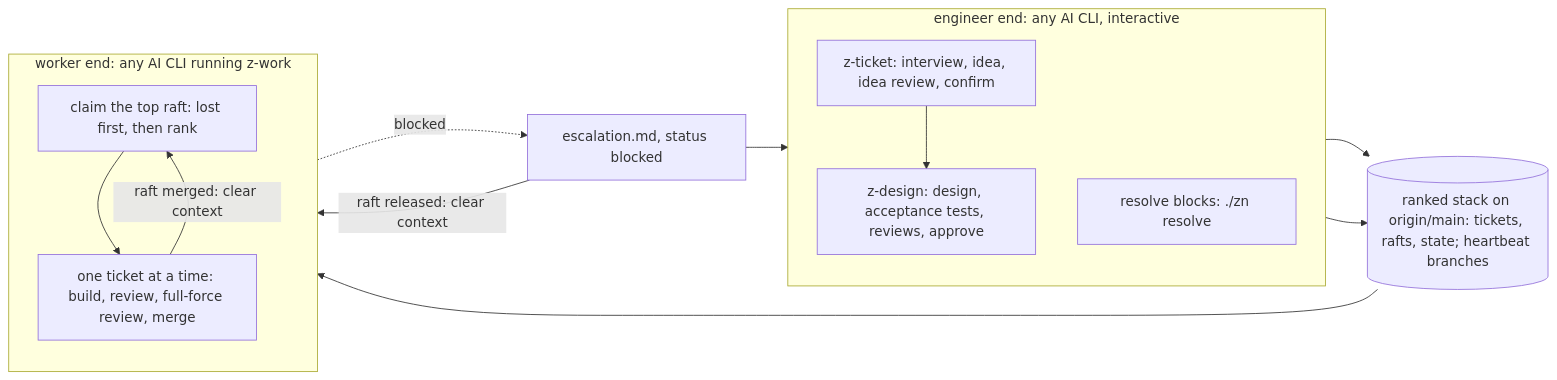
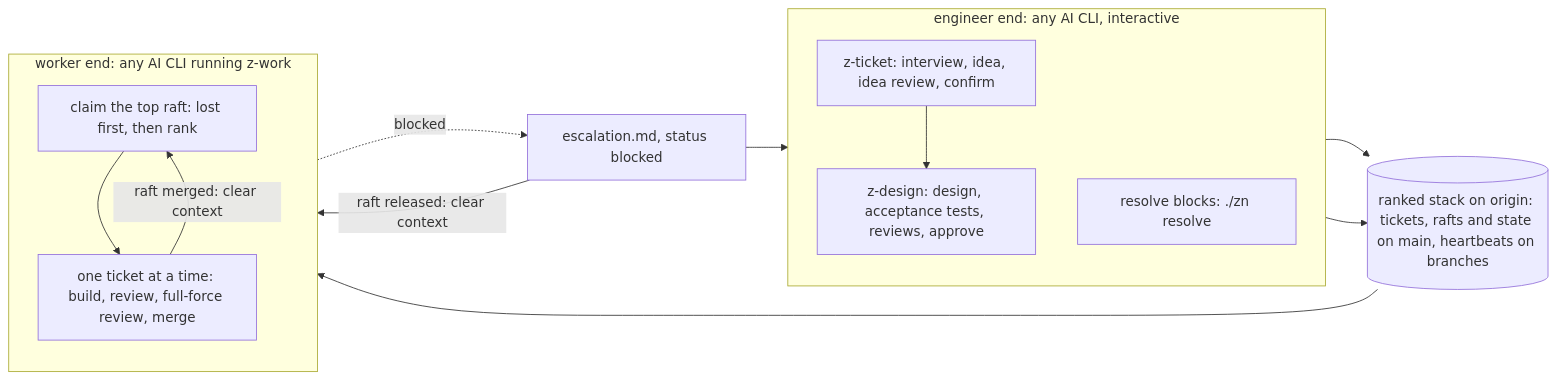
The second of 3 diagrams in z-nile/.tracker/issues/c0264/experiments/README.draft.md (philipbergen/z-nile), drawn with Mermaid before and after one commit. The commit also changed 10 other files, not shown here.

````diff
--- a/z-nile/.tracker/issues/c0264/experiments/README.draft.md
+++ b/z-nile/.tracker/issues/c0264/experiments/README.draft.md
@@ -36,24 +36,24 @@
 ```mermaid
 flowchart LR
   subgraph eng["engineer end: any AI CLI, interactive"]
     direction TB
     cap["z-ticket: interview, idea, idea review, confirm"]
     des["z-design: design, acceptance tests, reviews, approve"]
     res["resolve blocks: ./zn resolve"]
     cap --> des
   end
-  stack[("ranked stack on origin/main: tickets, rafts, state; heartbeat branches")]
+  stack[("ranked stack on origin: tickets, rafts and state on main, heartbeats on branches")]
   subgraph wrk["worker end: any AI CLI running z-work"]
     direction TB
     loop["claim the top raft: lost first, then rank"]
     layer["one ticket at a time: build, review, full-force review, merge"]
     loop --> layer
   end
   eng --> stack
   stack --> loop
   layer -->|"raft merged: clear context"| loop
   layer -. blocked .-> esc["escalation.md, status blocked"]
   esc -->|"raft released: clear context"| loop
   esc --> res
   res --> stack
 ```
````
